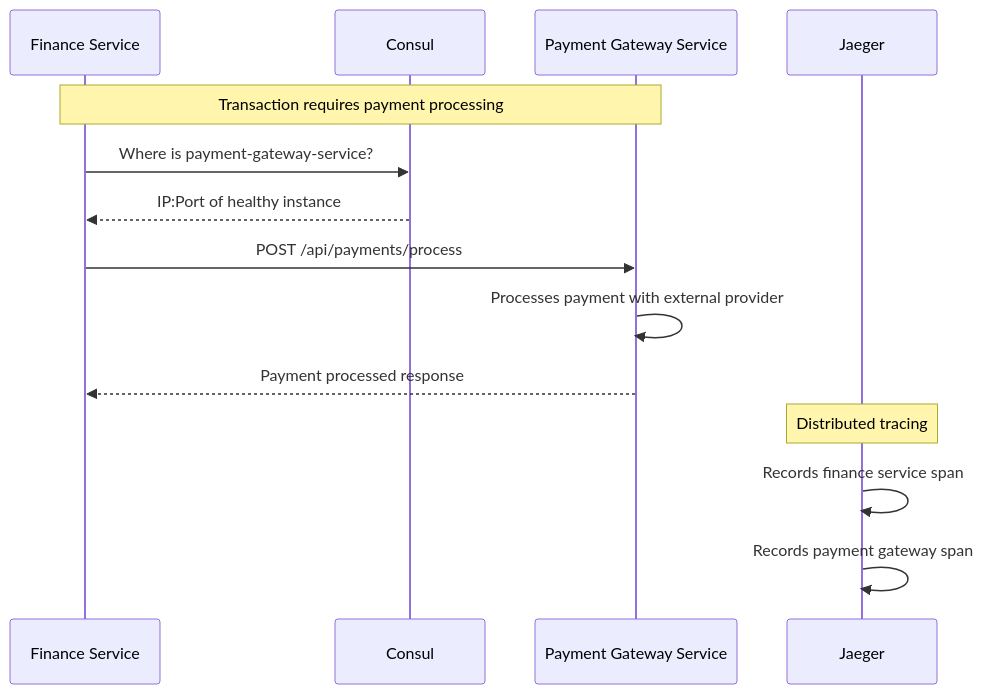
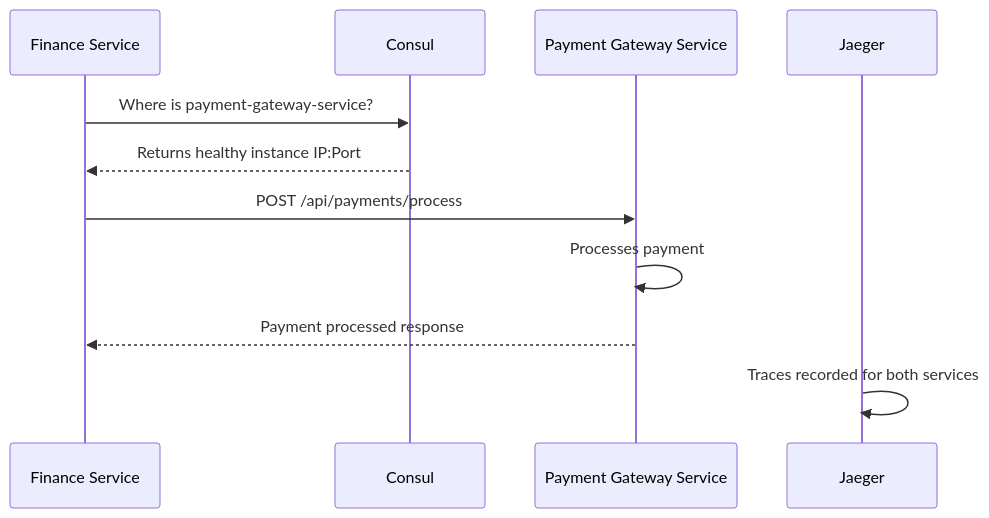
Before and after one commit to Santiago1010/dev-container: the third of 4 diagrams in README.md, drawn with Mermaid. The commit also changed other lines of this file and 3 other files, not shown here.

````diff
--- a/README.md
+++ b/README.md
@@ -242,18 +276,14 @@
 ```mermaid
 sequenceDiagram
     participant F as Finance Service
     participant C as Consul
     participant P as Payment Gateway Service
     participant J as Jaeger
 
-    Note over F,P: Transaction requires payment processing
     F->>C: Where is payment-gateway-service?
-    C-->>F: IP:Port of healthy instance
+    C-->>F: Returns healthy instance IP:Port
     F->>P: POST /api/payments/process
-    P->>P: Processes payment with external provider
+    P->>P: Processes payment
     P-->>F: Payment processed response
-    
-    Note over J: Distributed tracing
-    J->>J: Records finance service span
-    J->>J: Records payment gateway span
+    J->>J: Traces recorded for both services
 ```
````
